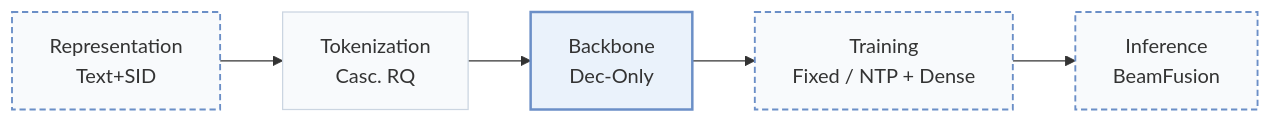
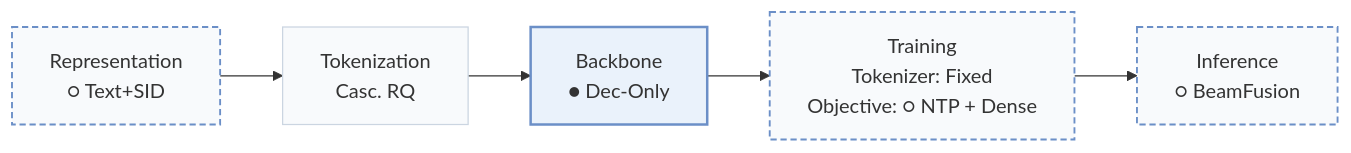
Before and after one commit to Galaxy-ghost/Awesome-SID-Generative-Rec: the first of 2 diagrams in pages/papers/cobra.md, drawn with Mermaid. The commit also changed other lines of this file and 558 other files, not shown here.

````diff
--- a/pages/papers/cobra.md
+++ b/pages/papers/cobra.md
@@ -15,10 +18,10 @@
 ```mermaid
 flowchart LR
-    R["Representation<br/>Text+SID"] --> T["Tokenization<br/>Casc. RQ"] --> B["Backbone<br/>Dec-Only"] --> TR["Training<br/>Fixed / NTP + Dense"] --> I["Inference<br/>BeamFusion"]
+    R["Representation<br/>○ Text+SID"] --> T["Tokenization<br/>Casc. RQ"] --> B["Backbone<br/>● Dec-Only"] --> TR["Training<br/>Tokenizer: Fixed<br/>Objective: ○ NTP + Dense"] --> I["Inference<br/>○ BeamFusion"]
     classDef base fill:#f8fafc,stroke:#cbd5e1
     class R,T,B,TR,I base
-    classDef also fill:#f8fafc,stroke:#6b8fc7,stroke-width:1.5px,stroke-dasharray:5 3
-    class R,TR,I also
+    classDef other fill:#f8fafc,stroke:#6b8fc7,stroke-width:1.5px,stroke-dasharray:5 3
+    class R,TR,I other
     classDef main fill:#eaf2fb,stroke:#6b8fc7,stroke-width:2px
     class B main
 ```
````
